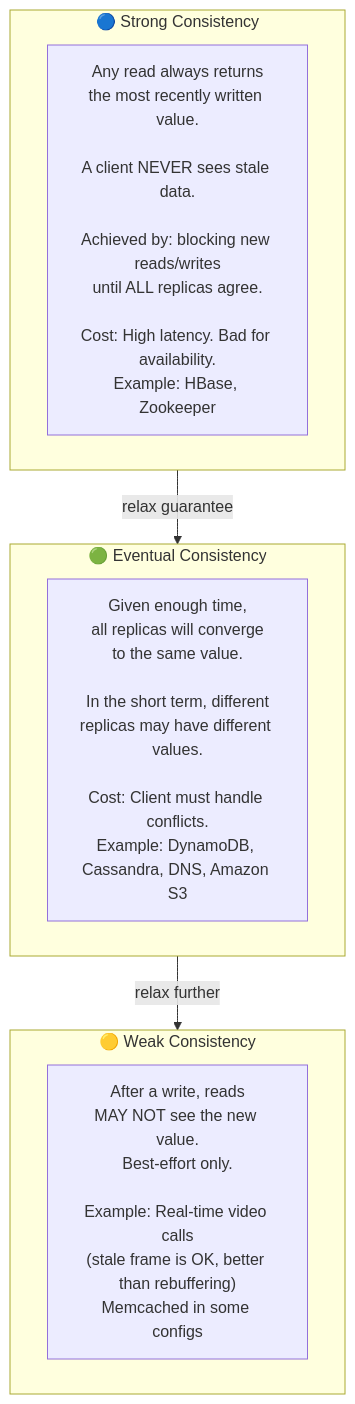
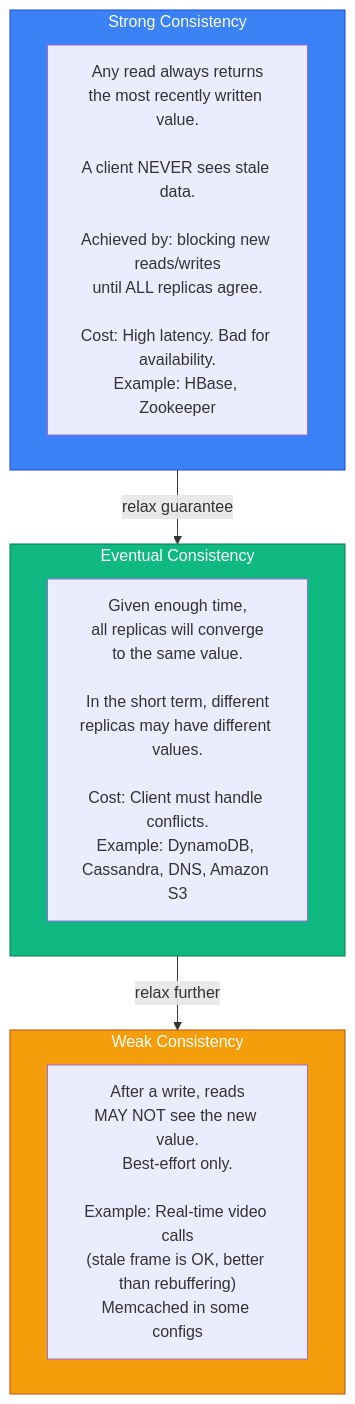
Before and after one commit to devops-monk/system-design-blog: the eighth of 22 diagrams in content/posts/2026/design-a-key-value-store.md, drawn with Mermaid. The commit also changed other lines of this file and 5 other files, not shown here.

````diff
--- a/content/posts/2026/design-a-key-value-store.md
+++ b/content/posts/2026/design-a-key-value-store.md
@@ -289,17 +280,20 @@
 ```mermaid
 flowchart TD
-    subgraph STRONG["🔵 Strong Consistency"]
+    subgraph STRONG["Strong Consistency"]
         SC["Any read always returns\nthe most recently written value.\n\nA client NEVER sees stale data.\n\nAchieved by: blocking new reads/writes\nuntil ALL replicas agree.\n\nCost: High latency. Bad for availability.\nExample: HBase, Zookeeper"]
     end
 
-    subgraph EVENTUAL["🟢 Eventual Consistency"]
+    subgraph EVENTUAL["Eventual Consistency"]
         EC["Given enough time,\nall replicas will converge\nto the same value.\n\nIn the short term, different\nreplicas may have different values.\n\nCost: Client must handle conflicts.\nExample: DynamoDB, Cassandra, DNS, Amazon S3"]
     end
 
-    subgraph WEAK["🟡 Weak Consistency"]
+    subgraph WEAK["Weak Consistency"]
         WC["After a write, reads\nMAY NOT see the new value.\nBest-effort only.\n\nExample: Real-time video calls\n(stale frame is OK, better than rebuffering)\nMemcached in some configs"]
     end
 
     STRONG -->|"relax guarantee"| EVENTUAL
     EVENTUAL -->|"relax further"| WEAK
+    style STRONG fill:#3B82F6,stroke:#1D4ED8,color:#fff
+    style EVENTUAL fill:#10B981,stroke:#047857,color:#fff
+    style WEAK fill:#F59E0B,stroke:#B45309,color:#fff
 ```
````
